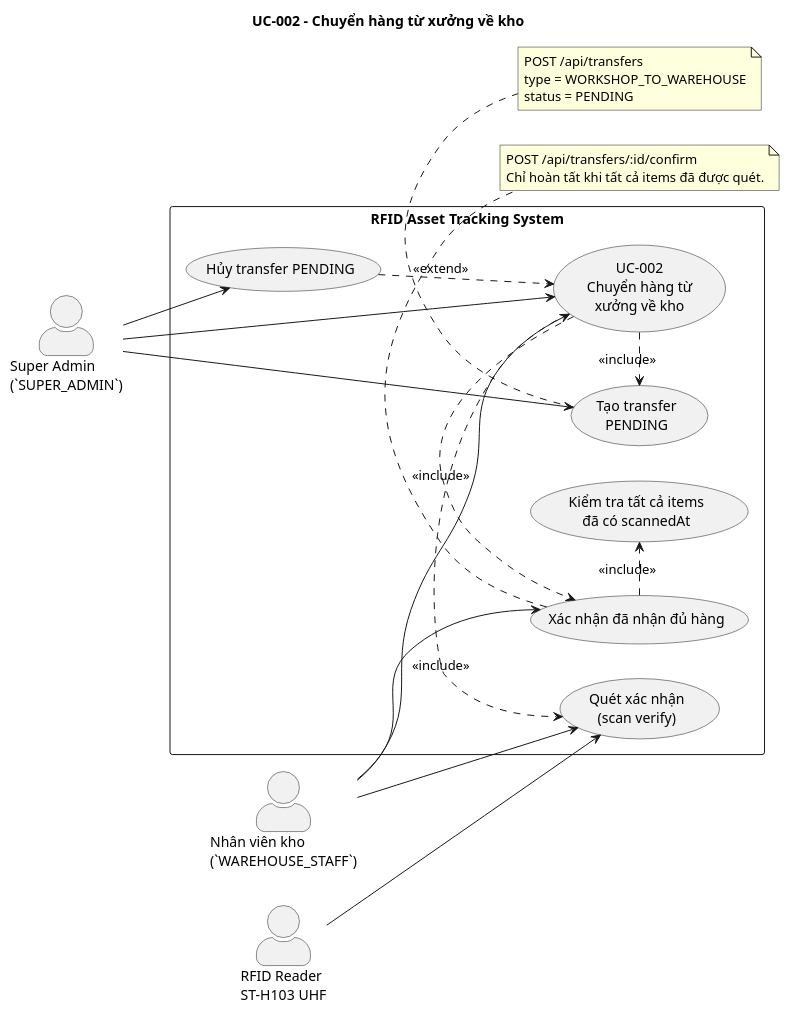
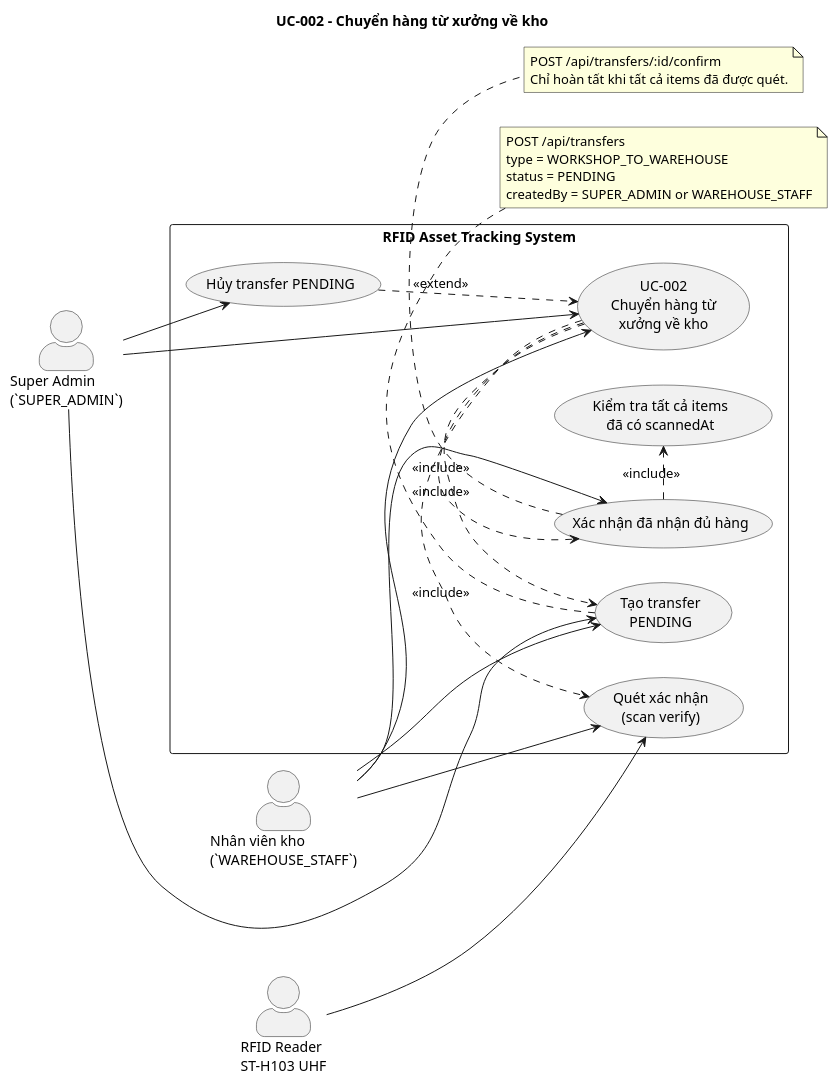
The diagram in docs/diagrams/uc-002-chuyen-hang-tu-xuong-ve-kho.puml (Tuoi-SE/rfid-app), drawn with PlantUML before and after one commit. The commit also changed 5 other files, not shown here.

First line of the commit message:
fix: AdminGuard blocks SUPER_ADMIN access

```diff
--- a/docs/diagrams/uc-002-chuyen-hang-tu-xuong-ve-kho.puml
+++ b/docs/diagrams/uc-002-chuyen-hang-tu-xuong-ve-kho.puml
@@ -1,47 +1,49 @@
 @startuml
 title UC-002 - Chuyển hàng từ xưởng về kho
 
 left to right direction
 skinparam shadowing false
 skinparam actorStyle awesome
 skinparam packageStyle rectangle
 
 actor "Super Admin\n(`SUPER_ADMIN`)" as SA
 actor "Nhân viên kho\n(`WAREHOUSE_STAFF`)" as WS
 actor "RFID Reader\nST-H103 UHF" as Reader
 
 rectangle "RFID Asset Tracking System" {
   usecase "UC-002\nChuyển hàng từ\nxưởng về kho" as Main
   usecase "Tạo transfer\nPENDING" as CreateTransfer
   usecase "Quét xác nhận\n(scan verify)" as ScanVerify
   usecase "Xác nhận đã nhận đủ hàng" as ConfirmTransfer
   usecase "Kiểm tra tất cả items\nđã có scannedAt" as ValidateScanned
   usecase "Hủy transfer PENDING" as CancelTransfer
 }
 
 SA --> Main
 WS --> Main
 SA --> CreateTransfer
+WS --> CreateTransfer
 SA --> CancelTransfer
 WS --> ScanVerify
 WS --> ConfirmTransfer
 Reader --> ScanVerify
 
 Main .> CreateTransfer : <<include>>
 Main .> ScanVerify : <<include>>
 Main .> ConfirmTransfer : <<include>>
 ConfirmTransfer .> ValidateScanned : <<include>>
 CancelTransfer ..> Main : <<extend>>
 
 note bottom of CreateTransfer
 POST /api/transfers
 type = WORKSHOP_TO_WAREHOUSE
 status = PENDING
+createdBy = SUPER_ADMIN or WAREHOUSE_STAFF
 end note
 
 note bottom of ConfirmTransfer
 POST /api/transfers/:id/confirm
 Chỉ hoàn tất khi tất cả items đã được quét.
 end note
 
 @enduml
```
